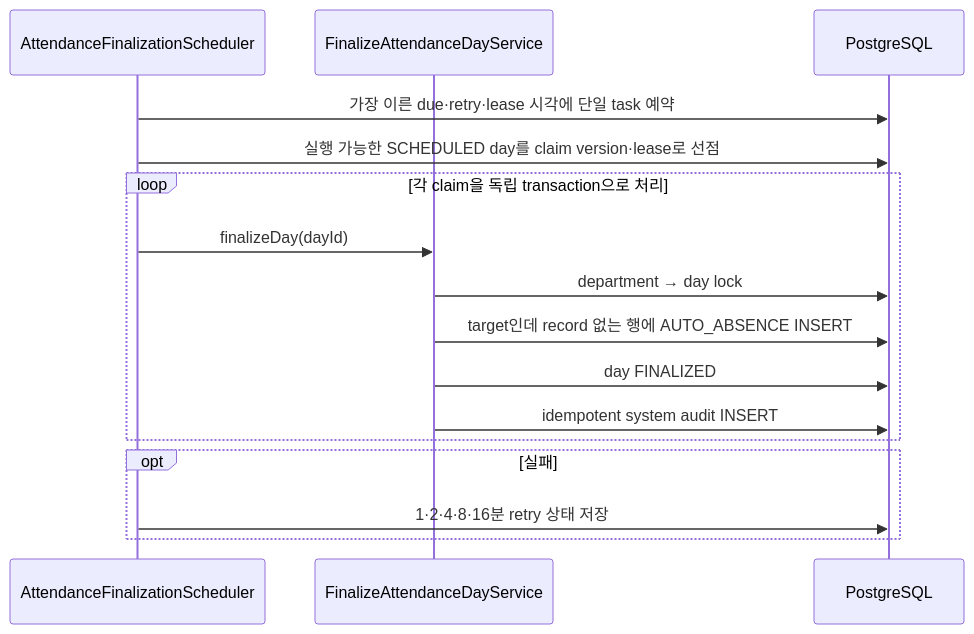
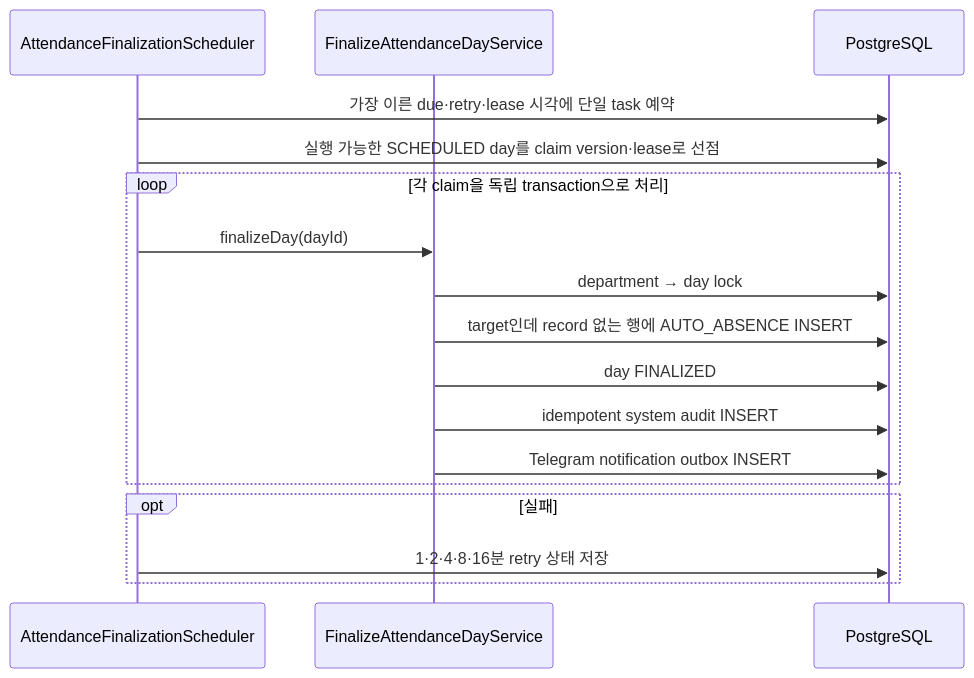
Diagram 21 of 25 in docs/CURRENT_CODE_STUDY_GUIDE.md (jinhokingofworld/attend), drawn with Mermaid before and after one commit. The commit also changed 13 other files, not shown here.

````diff
--- a/docs/CURRENT_CODE_STUDY_GUIDE.md
+++ b/docs/CURRENT_CODE_STUDY_GUIDE.md
@@ -740,19 +740,20 @@
 ```mermaid
 sequenceDiagram
     participant Scheduler as AttendanceFinalizationScheduler
     participant Service as FinalizeAttendanceDayService
     participant DB as PostgreSQL
 
     Scheduler->>DB: 가장 이른 due·retry·lease 시각에 단일 task 예약
     Scheduler->>DB: 실행 가능한 SCHEDULED day를 claim version·lease로 선점
     loop 각 claim을 독립 transaction으로 처리
         Scheduler->>Service: finalizeDay(dayId)
         Service->>DB: department → day lock
         Service->>DB: target인데 record 없는 행에 AUTO_ABSENCE INSERT
         Service->>DB: day FINALIZED
         Service->>DB: idempotent system audit INSERT
+        Service->>DB: Telegram notification outbox INSERT
     end
     opt 실패
         Scheduler->>DB: 1·2·4·8·16분 retry 상태 저장
     end
 ```
````
